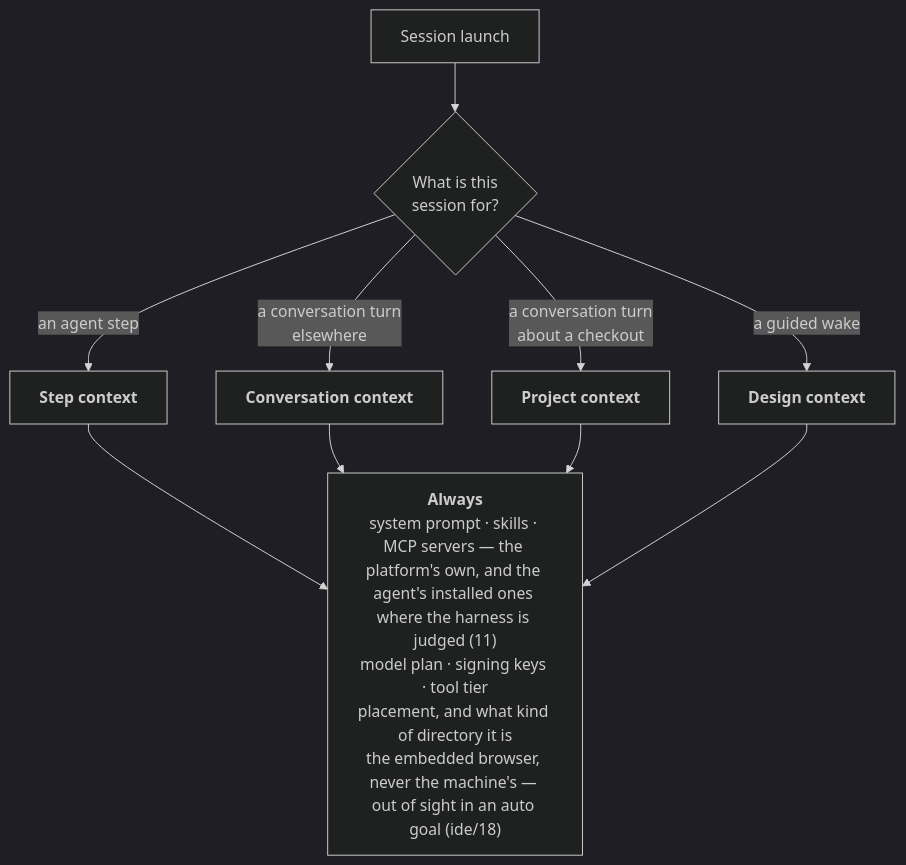
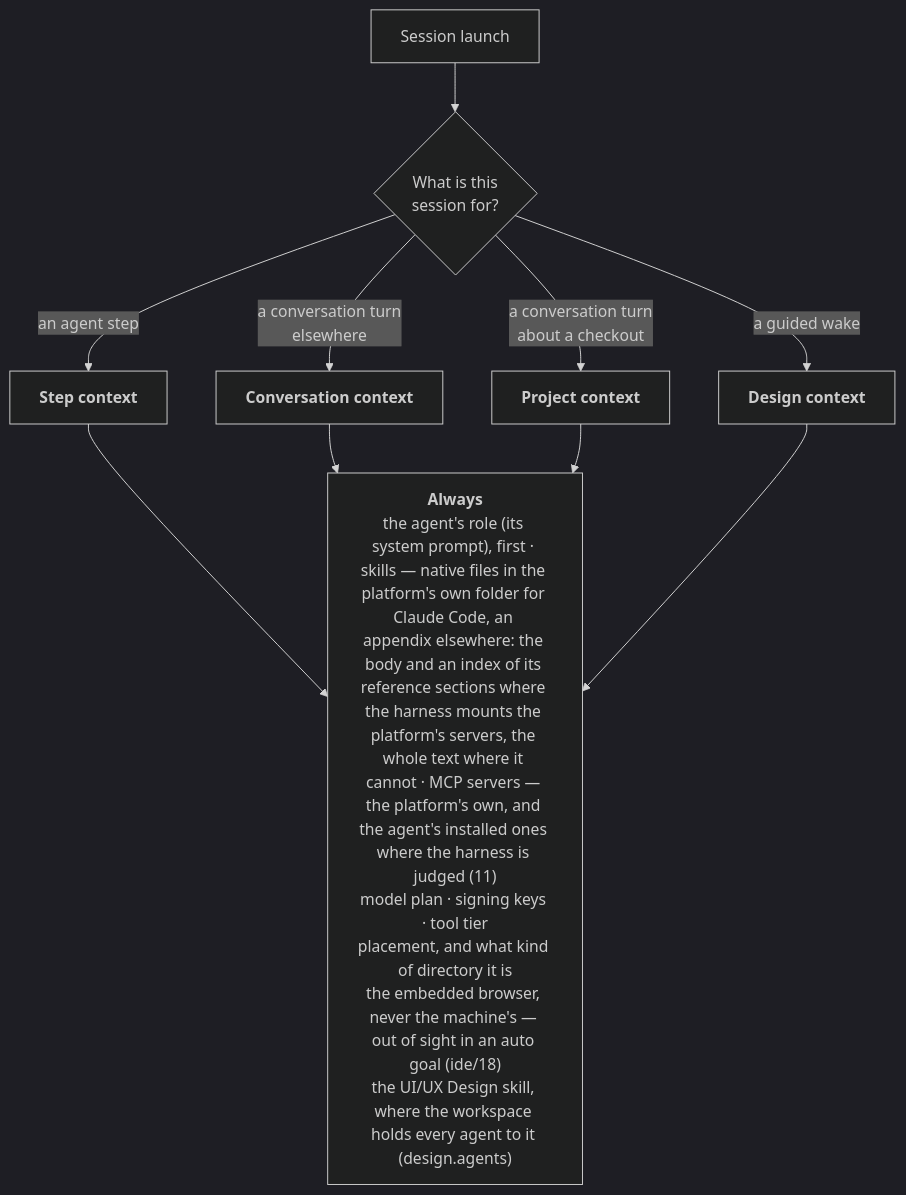
One commit to mourad-ghafiri/Bisa changed the second of 2 diagrams in docs/architecture/06-agents-and-teams.md. Above: the diagram before and after it, drawn with Mermaid (dark theme). The commit also changed other lines of this file and 109 other files, not shown here.

````diff
--- a/docs/architecture/06-agents-and-teams.md
+++ b/docs/architecture/06-agents-and-teams.md
@@ -367,13 +367,13 @@
 ```mermaid
 graph TB
     launch["Session launch"] --> what{"What is this<br/>session for?"}
     what -->|"an agent step"| goalctx["<b>Step context</b>"]
     what -->|"a conversation turn<br/>elsewhere"| chatctx["<b>Conversation context</b>"]
     what -->|"a conversation turn<br/>about a checkout"| projctx["<b>Project context</b>"]
     what -->|"a guided wake"| designctx["<b>Design context</b>"]
 
-    goalctx --> common["<b>Always</b><br/>system prompt · skills · MCP servers — the platform's own, and the agent's installed ones where the harness is judged (11)<br/>model plan · signing keys · tool tier<br/>placement, and what kind of directory it is<br/>the embedded browser, never the machine's — out of sight in an auto goal (ide/18)"]
+    goalctx --> common["<b>Always</b><br/>the agent's role (its system prompt), first · skills — native files in the platform's own folder for Claude Code, an appendix elsewhere: the body and an index of its reference sections where the harness mounts the platform's servers, the whole text where it cannot · MCP servers — the platform's own, and the agent's installed ones where the harness is judged (11)<br/>model plan · signing keys · tool tier<br/>placement, and what kind of directory it is<br/>the embedded browser, never the machine's — out of sight in an auto goal (ide/18)<br/>the UI/UX Design skill, where the workspace holds every agent to it (design.agents)"]
     chatctx --> common
     projctx --> common
     designctx --> common
 ```
````
